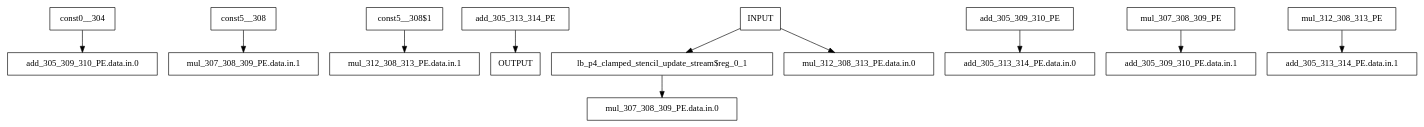
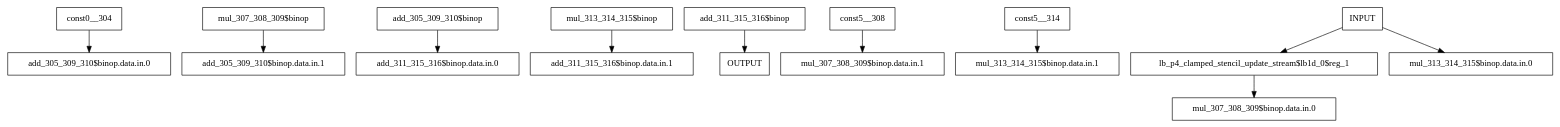
The diagram in bitstream/bsbuilder/testdir/examples/conv_1_2_mapped.dot (akashlevy/CGRAGenerator), drawn with Graphviz before and after one commit. The commit also changed 8 other files, not shown here.

```diff
--- a/bitstream/bsbuilder/testdir/examples/conv_1_2_mapped.dot
+++ b/bitstream/bsbuilder/testdir/examples/conv_1_2_mapped.dot
@@ -1,13 +1,13 @@
 digraph Diagram {
   node [shape=box]; # Comment
-    "const0__304" -> "add_305_309_310_PE.data.in.0";
-    "const5__308" -> "mul_307_308_309_PE.data.in.1";
-    "const5__308$1" -> "mul_312_308_313_PE.data.in.1";
-    "add_305_313_314_PE" -> "OUTPUT";
-    "INPUT" -> "lb_p4_clamped_stencil_update_stream$reg_0_1";
-    "INPUT" -> "mul_312_308_313_PE.data.in.0";
-    "lb_p4_clamped_stencil_update_stream$reg_0_1" -> "mul_307_308_309_PE.data.in.0";
-    "add_305_309_310_PE" -> "add_305_313_314_PE.data.in.0";
-    "mul_307_308_309_PE" -> "add_305_309_310_PE.data.in.1";
-    "mul_312_308_313_PE" -> "add_305_313_314_PE.data.in.1";
+    "const0__304" -> "add_305_309_310$binop.data.in.0";
+    "mul_307_308_309$binop" -> "add_305_309_310$binop.data.in.1";
+    "add_305_309_310$binop" -> "add_311_315_316$binop.data.in.0";
+    "mul_313_314_315$binop" -> "add_311_315_316$binop.data.in.1";
+    "add_311_315_316$binop" -> "OUTPUT";
+    "const5__308" -> "mul_307_308_309$binop.data.in.1";
+    "const5__314" -> "mul_313_314_315$binop.data.in.1";
+    "INPUT" -> "lb_p4_clamped_stencil_update_stream$lb1d_0$reg_1";
+    "INPUT" -> "mul_313_314_315$binop.data.in.0";
+    "lb_p4_clamped_stencil_update_stream$lb1d_0$reg_1" -> "mul_307_308_309$binop.data.in.0";
 }
```
